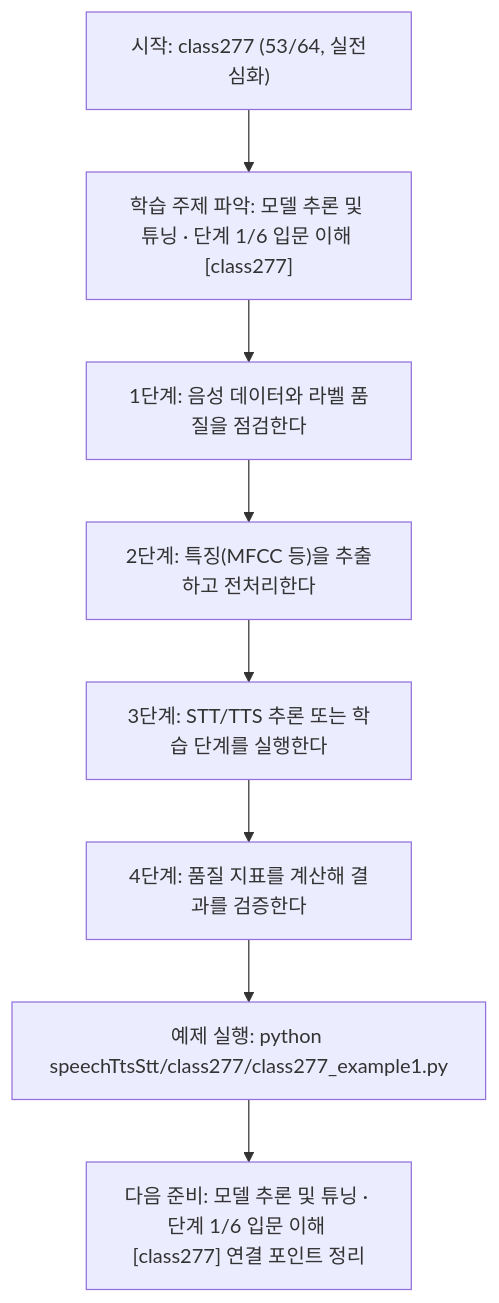
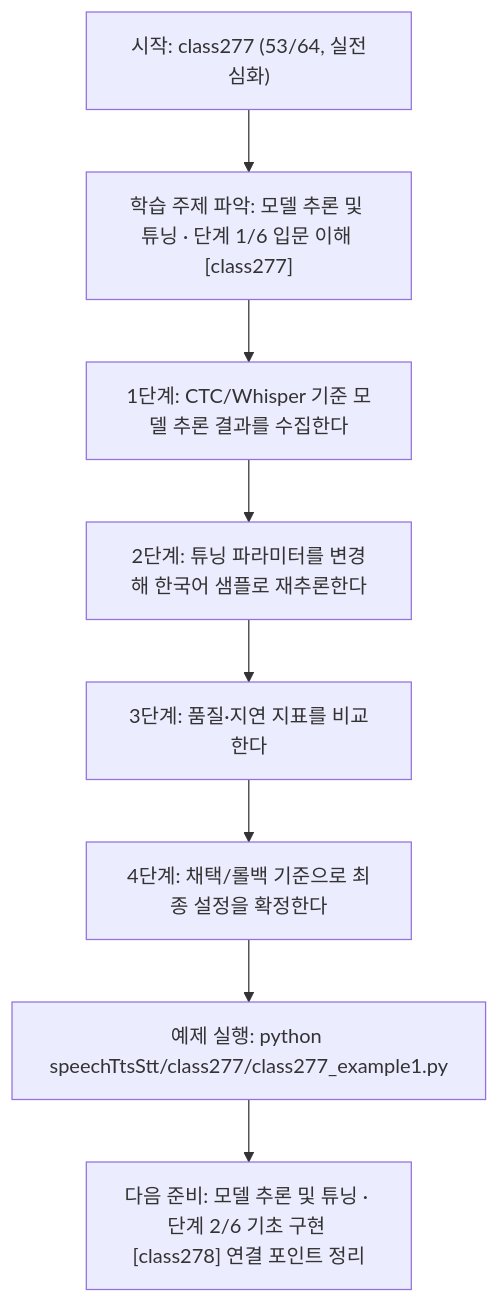
Before and after one commit to edumgt/Python-AI_Agent-Class: the diagram in speechTtsStt/class277/class277.md, drawn with Mermaid. The commit also changed other lines of this file and 1122 other files, not shown here.

````diff
--- a/speechTtsStt/class277/class277.md
+++ b/speechTtsStt/class277/class277.md
@@ -114,18 +95,18 @@
 ```mermaid
 flowchart TD
 N1["시작: class277 (53/64, 실전심화)"]
 N2["학습 주제 파악: 모델 추론 및 튜닝 · 단계 1/6 입문 이해 [class277]"]
-N3["1단계: 음성 데이터와 라벨 품질을 점검한다"]
-N4["2단계: 특징(MFCC 등)을 추출하고 전처리한다"]
-N5["3단계: STT/TTS 추론 또는 학습 단계를 실행한다"]
-N6["4단계: 품질 지표를 계산해 결과를 검증한다"]
+N3["1단계: CTC/Whisper 기준 모델 추론 결과를 수집한다"]
+N4["2단계: 튜닝 파라미터를 변경해 한국어 샘플로 재추론한다"]
+N5["3단계: 품질·지연 지표를 비교한다"]
+N6["4단계: 채택/롤백 기준으로 최종 설정을 확정한다"]
 N7["예제 실행: python speechTtsStt/class277/class277_example1.py"]
-N8["다음 준비: 모델 추론 및 튜닝 · 단계 1/6 입문 이해 [class277] 연결 포인트 정리"]
+N8["다음 준비: 모델 추론 및 튜닝 · 단계 2/6 기초 구현 [class278] 연결 포인트 정리"]
 N1 --> N2
 N2 --> N3
 N3 --> N4
 N4 --> N5
 N5 --> N6
 N6 --> N7
 N7 --> N8
 ```
````
